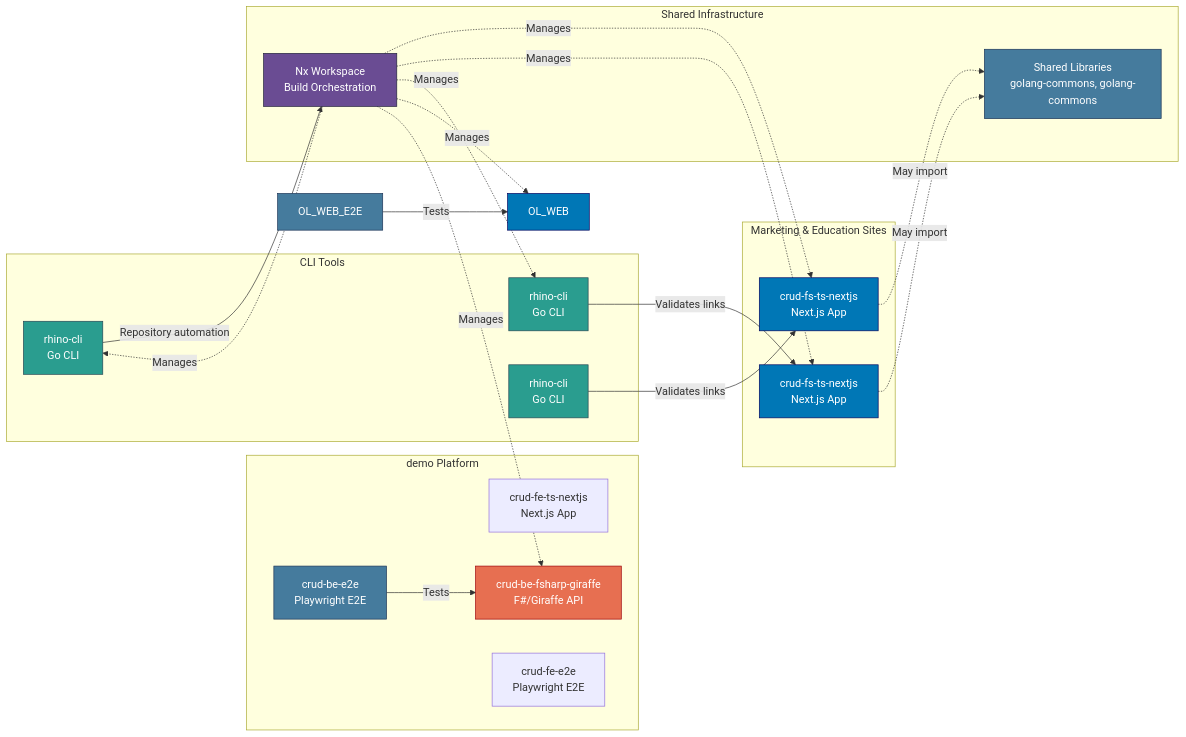
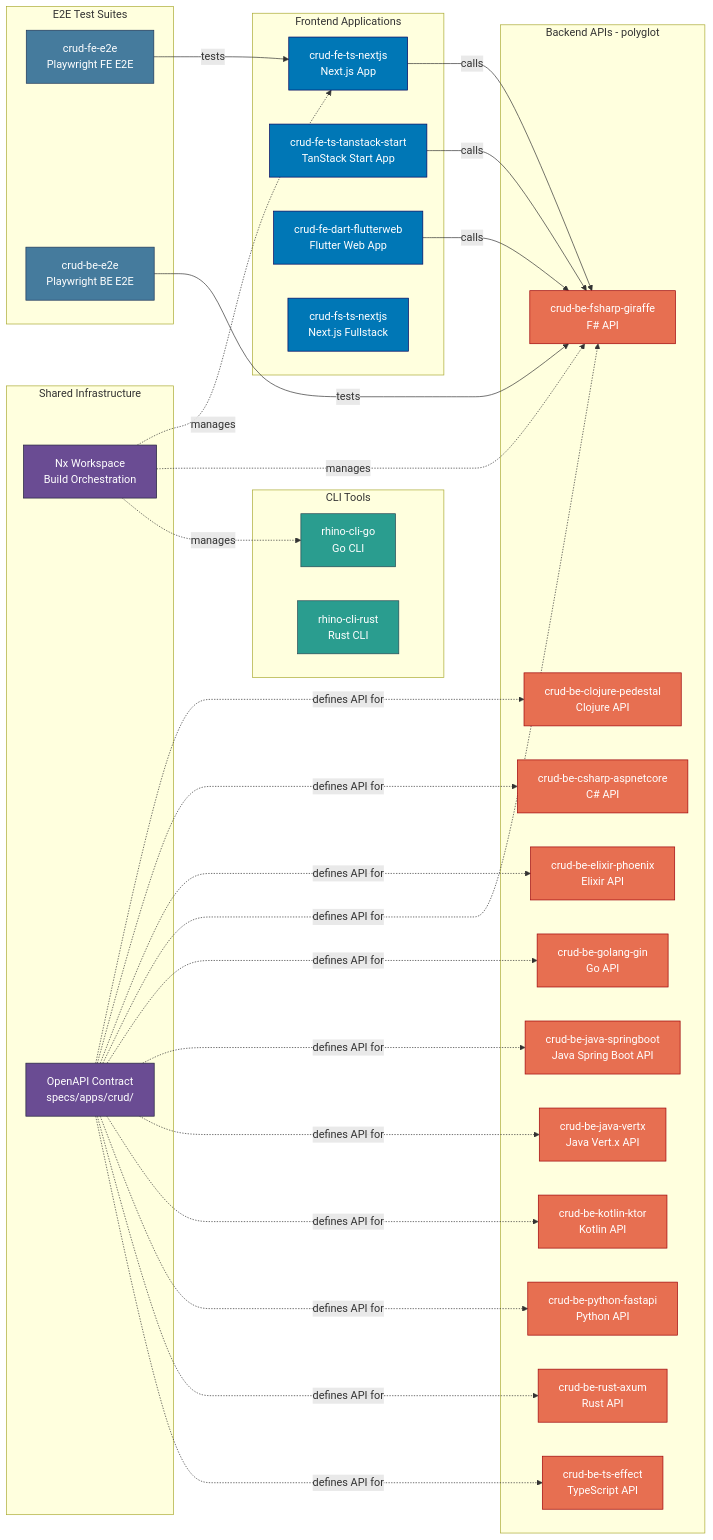
One commit to wahidyankf/ose-primer changed the diagram in docs/reference/system-architecture/applications.md. Above: the diagram before and after it, drawn with Mermaid. The commit also changed other lines of this file and 27 other files, not shown here.

````diff
--- a/docs/reference/system-architecture/applications.md
+++ b/docs/reference/system-architecture/applications.md
@@ -114,53 +69,82 @@
 ```mermaid
 graph LR
-    subgraph "Marketing & Education Sites"
-        OSE[crud-fs-ts-nextjs<br/>Next.js App]
-        AYO[crud-fs-ts-nextjs<br/>Next.js App]
+    subgraph "Frontend Applications"
+        FE_NEXTJS[crud-fe-ts-nextjs<br/>Next.js App]
+        FE_TANSTACK[crud-fe-ts-tanstack-start<br/>TanStack Start App]
+        FE_DART[crud-fe-dart-flutterweb<br/>Flutter Web App]
+        FS_NEXTJS[crud-fs-ts-nextjs<br/>Next.js Fullstack]
     end
 
-    subgraph "demo Platform"
-        OL_FE[crud-fe-ts-nextjs<br/>Next.js App]
-        OL_BE[crud-be-fsharp-giraffe<br/>F#/Giraffe API]
-        OL_FE_E2E[crud-fe-e2e<br/>Playwright E2E]
-        OL_BE_E2E[crud-be-e2e<br/>Playwright E2E]
+    subgraph "Backend APIs - polyglot"
+        BE_CLOJURE[crud-be-clojure-pedestal<br/>Clojure API]
+        BE_CSHARP[crud-be-csharp-aspnetcore<br/>C# API]
+        BE_ELIXIR[crud-be-elixir-phoenix<br/>Elixir API]
+        BE_FSHARP[crud-be-fsharp-giraffe<br/>F# API]
+        BE_GO[crud-be-golang-gin<br/>Go API]
+        BE_JASB[crud-be-java-springboot<br/>Java Spring Boot API]
+        BE_JAVX[crud-be-java-vertx<br/>Java Vert.x API]
+        BE_KOTLIN[crud-be-kotlin-ktor<br/>Kotlin API]
+        BE_PYTHON[crud-be-python-fastapi<br/>Python API]
+        BE_RUST[crud-be-rust-axum<br/>Rust API]
+        BE_TS[crud-be-ts-effect<br/>TypeScript API]
+    end
+
+    subgraph "E2E Test Suites"
+        FE_E2E[crud-fe-e2e<br/>Playwright FE E2E]
+        BE_E2E[crud-be-e2e<br/>Playwright BE E2E]
     end
 
     subgraph "CLI Tools"
-        AYOCLI[rhino-cli<br/>Go CLI]
-        RHINO[rhino-cli<br/>Go CLI]
-        OSECLI[rhino-cli<br/>Go CLI]
+        RHINO_GO[rhino-cli-go<br/>Go CLI]
+        RHINO_RUST[rhino-cli-rust<br/>Rust CLI]
     end
 
     subgraph "Shared Infrastructure"
         NX[Nx Workspace<br/>Build Orchestration]
-        LIBS[Shared Libraries<br/>golang-commons, golang-commons]
+        CONTRACT[OpenAPI Contract<br/>specs/apps/crud/]
     end
 
-    AYOCLI -->|Validates links| AYO
-    RHINO -->|Repository automation| NX
-    OSECLI -->|Validates links| OSE
-    OL_WEB_E2E -->|Tests| OL_WEB
-    OL_BE_E2E -->|Tests| OL_BE
+    FE_NEXTJS -->|calls| BE_FSHARP
+    FE_TANSTACK -->|calls| BE_FSHARP
+    FE_DART -->|calls| BE_FSHARP
+    FE_E2E -->|tests| FE_NEXTJS
+    BE_E2E -->|tests| BE_FSHARP
 
-    NX -.->|Manages| OSE
-    NX -.->|Manages| AYO
-    NX -.->|Manages| AYOCLI
-    NX -.->|Manages| RHINO
-    NX -.->|Manages| OL_WEB
-    NX -.->|Manages| OL_BE
+    CONTRACT -.->|defines API for| BE_CLOJURE
+    CONTRACT -.->|defines API for| BE_CSHARP
+    CONTRACT -.->|defines API for| BE_ELIXIR
+    CONTRACT -.->|defines API for| BE_FSHARP
+    CONTRACT -.->|defines API for| BE_GO
+    CONTRACT -.->|defines API for| BE_JASB
+    CONTRACT -.->|defines API for| BE_JAVX
+    CONTRACT -.->|defines API for| BE_KOTLIN
+    CONTRACT -.->|defines API for| BE_PYTHON
+    CONTRACT -.->|defines API for| BE_RUST
+    CONTRACT -.->|defines API for| BE_TS
 
-    OSE -.->|May import| LIBS
-    AYO -.->|May import| LIBS
+    NX -.->|manages| FE_NEXTJS
+    NX -.->|manages| BE_FSHARP
+    NX -.->|manages| RHINO_GO
 
-    style OSE fill:#0077b6,stroke:#03045e,color:#ffffff
-    style AYO fill:#0077b6,stroke:#03045e,color:#ffffff
-    style OL_WEB fill:#0077b6,stroke:#03045e,color:#ffffff
-    style OL_BE fill:#e76f51,stroke:#9d0208,color:#ffffff
-    style OL_WEB_E2E fill:#457b9d,stroke:#1d3557,color:#ffffff
-    style OL_BE_E2E fill:#457b9d,stroke:#1d3557,color:#ffffff
-    style AYOCLI fill:#2a9d8f,stroke:#264653,color:#ffffff
-    style RHINO fill:#2a9d8f,stroke:#264653,color:#ffffff
-    style OSECLI fill:#2a9d8f,stroke:#264653,color:#ffffff
+    style FE_NEXTJS fill:#0077b6,stroke:#03045e,color:#ffffff
+    style FE_TANSTACK fill:#0077b6,stroke:#03045e,color:#ffffff
+    style FE_DART fill:#0077b6,stroke:#03045e,color:#ffffff
+    style FS_NEXTJS fill:#0077b6,stroke:#03045e,color:#ffffff
+    style BE_CLOJURE fill:#e76f51,stroke:#9d0208,color:#ffffff
+    style BE_CSHARP fill:#e76f51,stroke:#9d0208,color:#ffffff
+    style BE_ELIXIR fill:#e76f51,stroke:#9d0208,color:#ffffff
+    style BE_FSHARP fill:#e76f51,stroke:#9d0208,color:#ffffff
+    style BE_GO fill:#e76f51,stroke:#9d0208,color:#ffffff
+    style BE_JASB fill:#e76f51,stroke:#9d0208,color:#ffffff
+    style BE_JAVX fill:#e76f51,stroke:#9d0208,color:#ffffff
+    style BE_KOTLIN fill:#e76f51,stroke:#9d0208,color:#ffffff
+    style BE_PYTHON fill:#e76f51,stroke:#9d0208,color:#ffffff
+    style BE_RUST fill:#e76f51,stroke:#9d0208,color:#ffffff
+    style BE_TS fill:#e76f51,stroke:#9d0208,color:#ffffff
+    style FE_E2E fill:#457b9d,stroke:#1d3557,color:#ffffff
+    style BE_E2E fill:#457b9d,stroke:#1d3557,color:#ffffff
+    style RHINO_GO fill:#2a9d8f,stroke:#264653,color:#ffffff
+    style RHINO_RUST fill:#2a9d8f,stroke:#264653,color:#ffffff
     style NX fill:#6a4c93,stroke:#22223b,color:#ffffff
-    style LIBS fill:#457b9d,stroke:#1d3557,color:#ffffff
+    style CONTRACT fill:#6a4c93,stroke:#22223b,color:#ffffff
 ```
````
